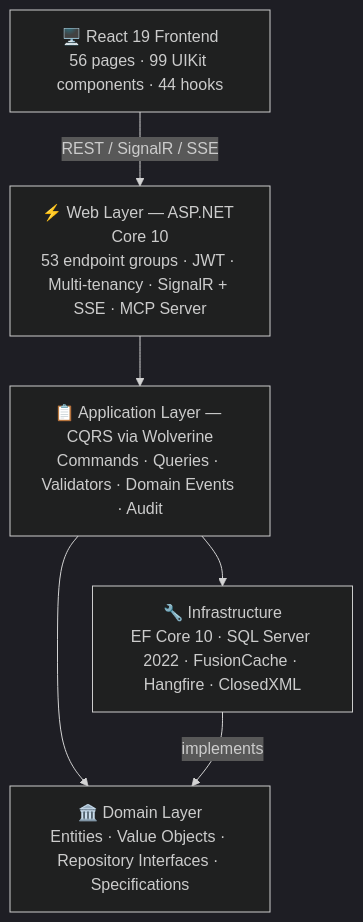
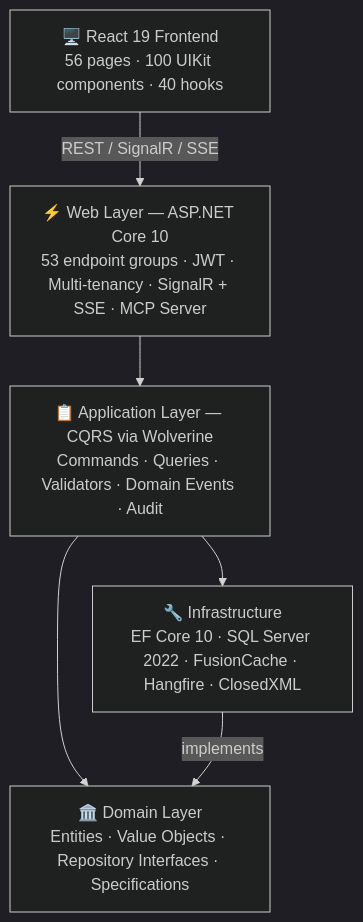
Before and after one commit to NOIR-Solution/NOIR: the diagram in README.md, drawn with Mermaid (dark theme). The commit also changed other lines of this file and 14 other files, not shown here.

First line of the commit message:
docs: sync stale counts across 15 files — UIKit 99→100, hooks 44→40, tests aligned

````diff
--- a/README.md
+++ b/README.md
@@ -46,14 +46,14 @@
 ```mermaid
 flowchart TB
-    FE["🖥️ React 19 Frontend<br/>56 pages · 99 UIKit components · 44 hooks"]
+    FE["🖥️ React 19 Frontend<br/>56 pages · 100 UIKit components · 40 hooks"]
     WEB["⚡ Web Layer — ASP.NET Core 10<br/>53 endpoint groups · JWT · Multi-tenancy · SignalR + SSE · MCP Server"]
     APP["📋 Application Layer — CQRS via Wolverine<br/>Commands · Queries · Validators · Domain Events · Audit"]
     DOM["🏛️ Domain Layer<br/>Entities · Value Objects · Repository Interfaces · Specifications"]
     INF["🔧 Infrastructure<br/>EF Core 10 · SQL Server 2022 · FusionCache · Hangfire · ClosedXML"]
 
     FE -->|REST / SignalR / SSE| WEB
     WEB --> APP
     APP --> DOM
     APP --> INF
     INF -->|implements| DOM
 ```
````
